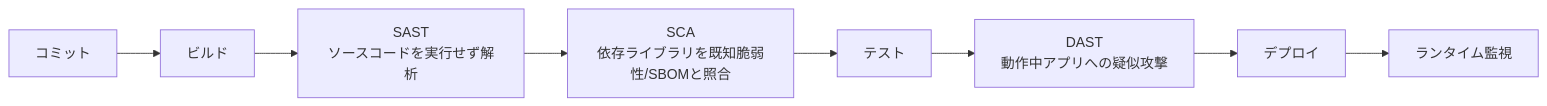
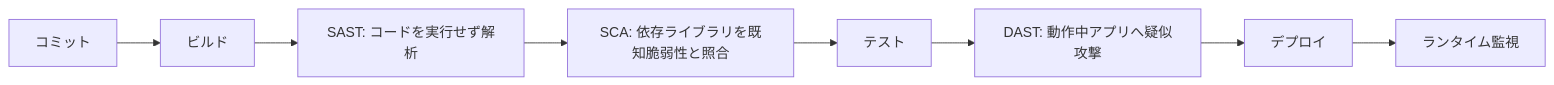
The diagram in topics/05_software-security/01_secure-sdlc.md (SomaTomita/sec-prep), drawn with Mermaid before and after one commit. The commit also changed other lines of this file and 5 other files, not shown here.

````diff
--- a/topics/05_software-security/01_secure-sdlc.md
+++ b/topics/05_software-security/01_secure-sdlc.md
@@ -98,5 +94,5 @@
 ```mermaid
 flowchart LR
-    C["コミット"] --> B["ビルド"] --> S1["SAST<br>ソースコードを実行せず解析"] --> S2["SCA<br>依存ライブラリを既知脆弱性/SBOMと照合"]
-    S2 --> T["テスト"] --> S3["DAST<br>動作中アプリへの疑似攻撃"] --> D["デプロイ"] --> M["ランタイム監視"]
+    C["コミット"] --> B["ビルド"] --> S1["SAST: コードを実行せず解析"] --> S2["SCA: 依存ライブラリを既知脆弱性と照合"]
+    S2 --> T["テスト"] --> S3["DAST: 動作中アプリへ疑似攻撃"] --> D["デプロイ"] --> M["ランタイム監視"]
 ```
````
